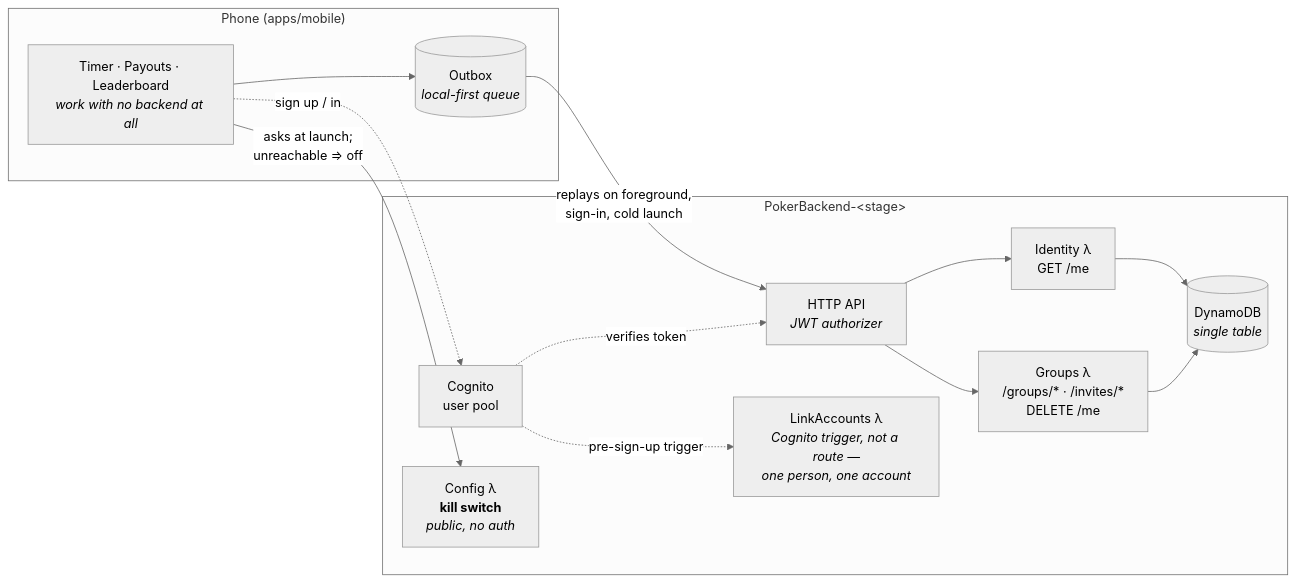
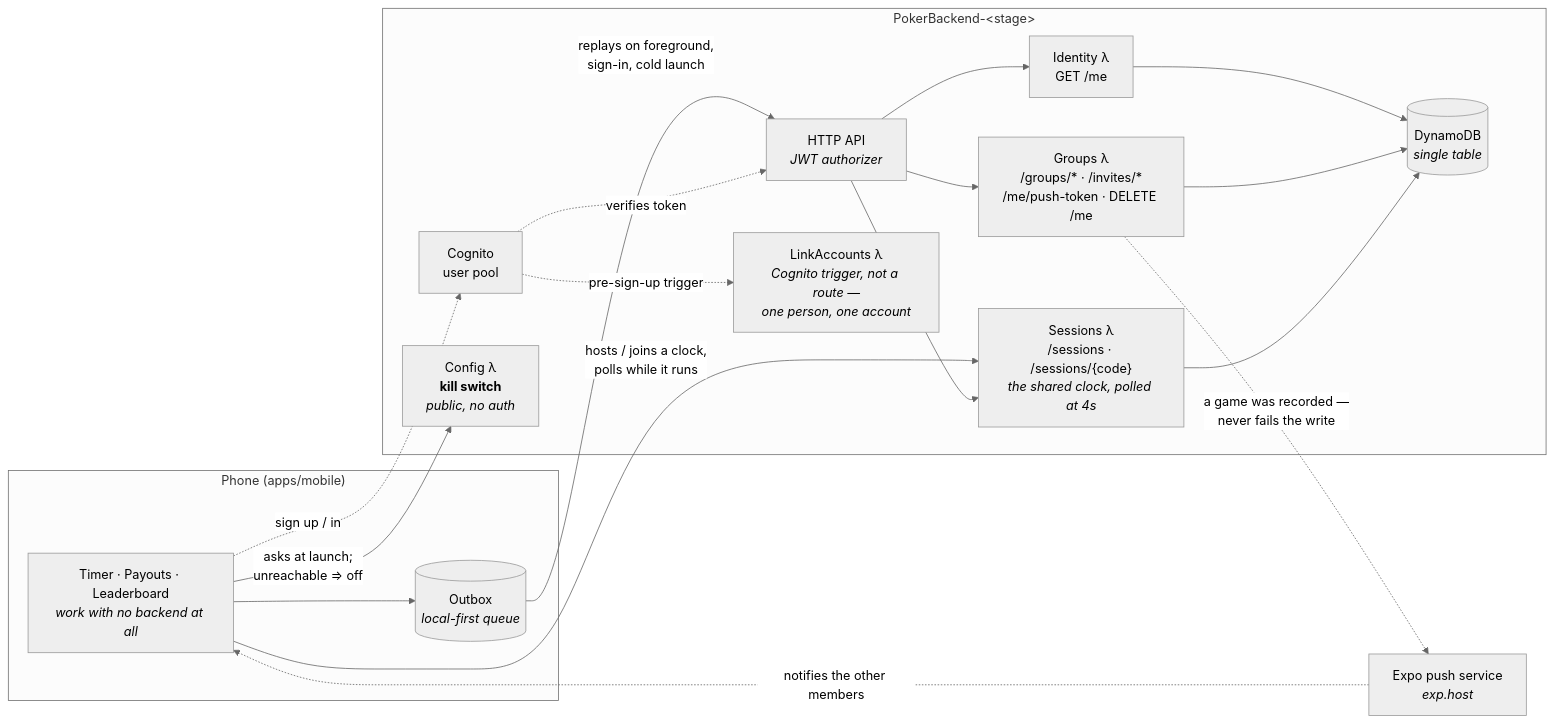
The first of 2 diagrams in ARCHITECTURE.md (toondeboer/poker), drawn with Mermaid (neutral theme) before and after one commit. The commit also changed other lines of this file and 5 other files, not shown here.

````diff
--- a/ARCHITECTURE.md
+++ b/ARCHITECTURE.md
@@ -152,26 +155,32 @@
 ```mermaid
 flowchart LR
   subgraph Phone["Phone (apps/mobile)"]
     UI["Timer · Payouts · Leaderboard<br/><i>work with no backend at all</i>"]
     OB[("Outbox<br/><i>local-first queue</i>")]
   end
 
   subgraph AWS["PokerBackend-&lt;stage&gt;"]
     COG["Cognito<br/>user pool"]
     API["HTTP API<br/><i>JWT authorizer</i>"]
     CFG["Config λ<br/><b>kill switch</b><br/><i>public, no auth</i>"]
     IDN["Identity λ<br/>GET /me"]
-    GRP["Groups λ<br/>/groups/* · /invites/*<br/>DELETE /me"]
+    GRP["Groups λ<br/>/groups/* · /invites/*<br/>/me/push-token · DELETE /me"]
+    SES["Sessions λ<br/>/sessions · /sessions/{code}<br/><i>the shared clock, polled at 4s</i>"]
     LNK["LinkAccounts λ<br/><i>Cognito trigger, not a route —<br/>one person, one account</i>"]
     DDB[("DynamoDB<br/><i>single table</i>")]
   end
 
+  EXPO["Expo push service<br/><i>exp.host</i>"]
+
   UI --> OB
   OB -->|"replays on foreground,<br/>sign-in, cold launch"| API
   UI -->|"asks at launch;<br/>unreachable ⇒ off"| CFG
+  UI -->|"hosts / joins a clock,<br/>polls while it runs"| SES
   UI -.->|"sign up / in"| COG
-  API --> IDN & GRP
+  API --> IDN & GRP & SES
   COG -.->|"verifies token"| API
   COG -.->|"pre-sign-up trigger"| LNK
-  IDN & GRP --> DDB
+  IDN & GRP & SES --> DDB
+  GRP -.->|"a game was recorded —<br/>never fails the write"| EXPO
+  EXPO -.->|"notifies the other members"| UI
 ```
````
